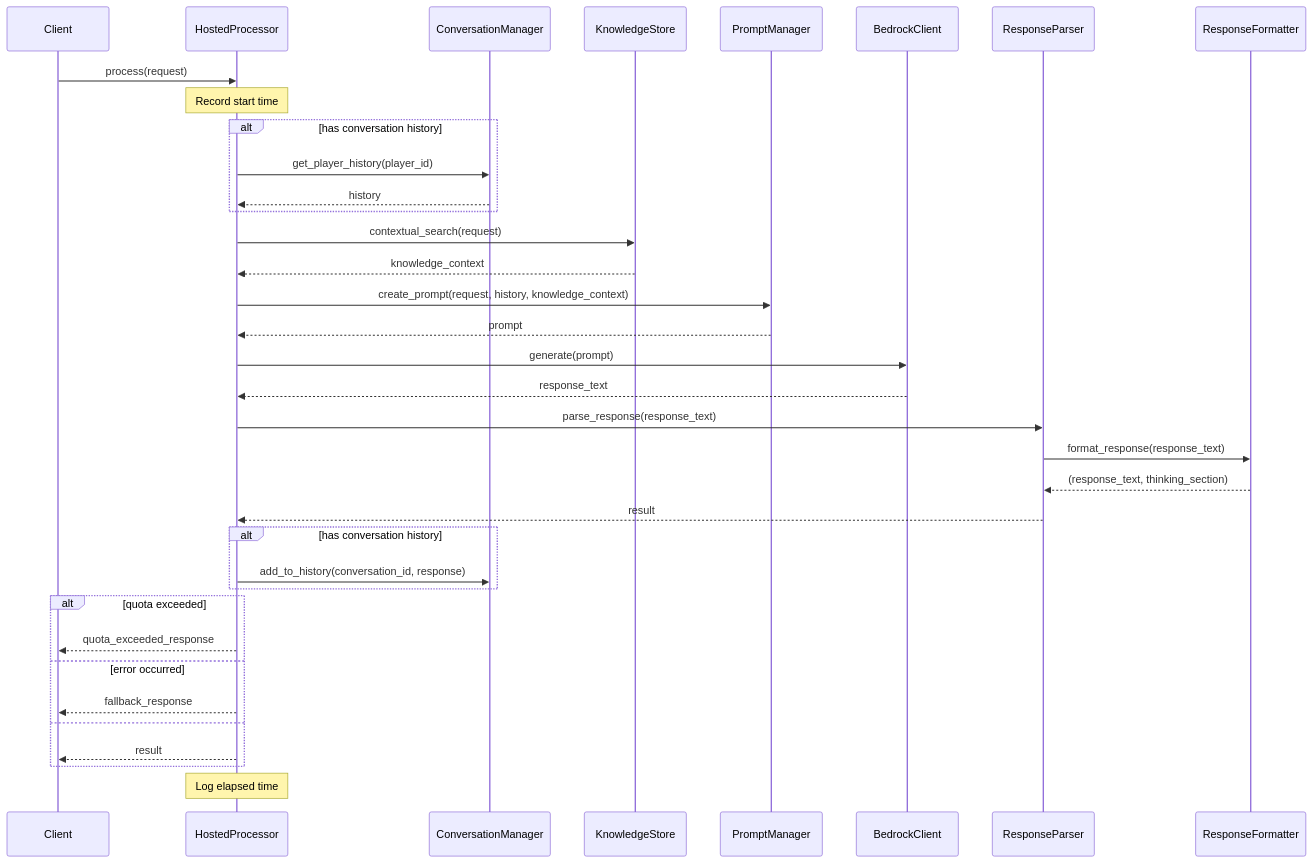
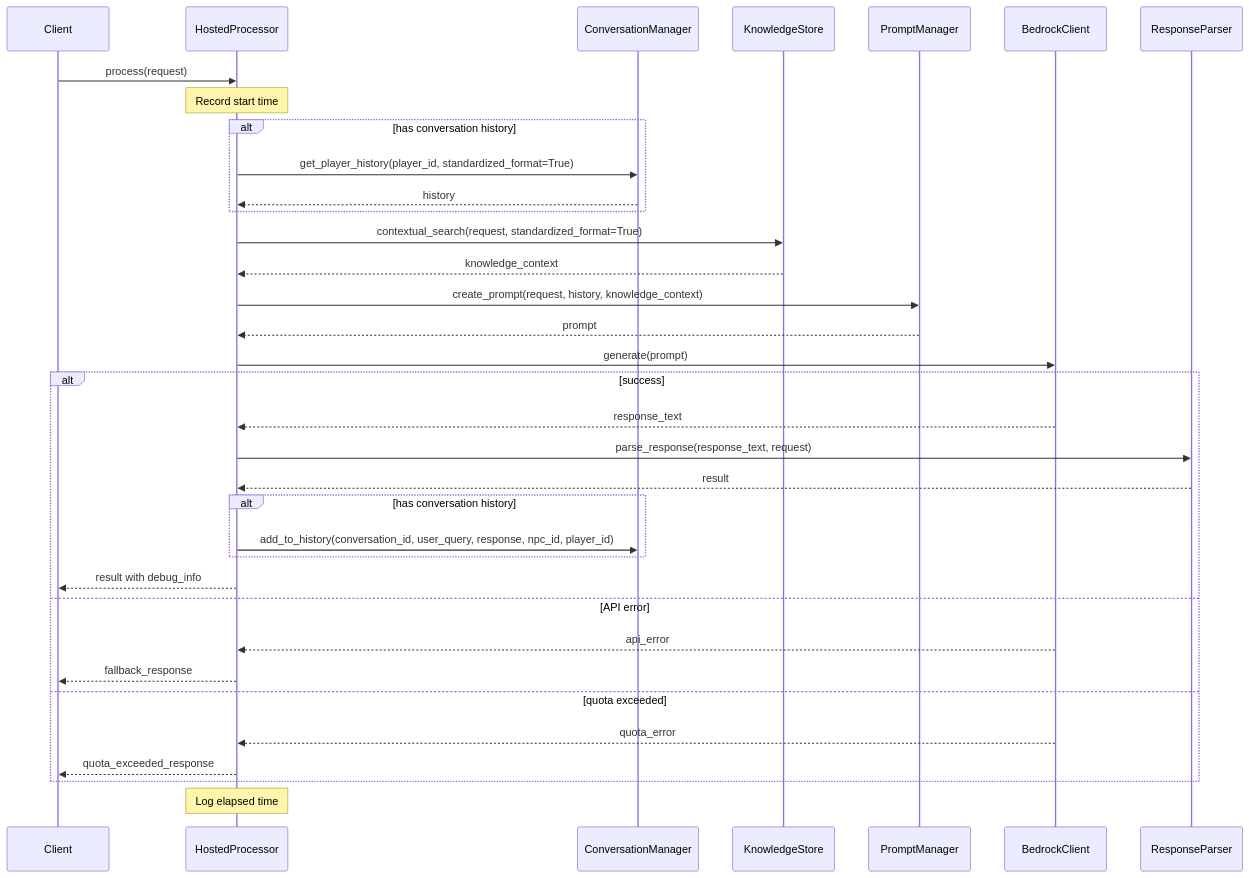
Before and after one commit to jbisetto/npc-ai: the fourth of 10 diagrams in docs/request_processing_flow.md, drawn with Mermaid. The commit also changed other lines of this file and 13 other files, not shown here.

````diff
--- a/docs/request_processing_flow.md
+++ b/docs/request_processing_flow.md
@@ -105,38 +113,36 @@
 ```mermaid
 sequenceDiagram
     Client->>HostedProcessor: process(request)
     Note over HostedProcessor: Record start time
     
     alt has conversation history
-        HostedProcessor->>ConversationManager: get_player_history(player_id)
+        HostedProcessor->>ConversationManager: get_player_history(player_id, standardized_format=True)
         ConversationManager-->>HostedProcessor: history
     end
     
-    HostedProcessor->>KnowledgeStore: contextual_search(request)
+    HostedProcessor->>KnowledgeStore: contextual_search(request, standardized_format=True)
     KnowledgeStore-->>HostedProcessor: knowledge_context
     
     HostedProcessor->>PromptManager: create_prompt(request, history, knowledge_context)
     PromptManager-->>HostedProcessor: prompt
     
     HostedProcessor->>BedrockClient: generate(prompt)
-    BedrockClient-->>HostedProcessor: response_text
-    
-    HostedProcessor->>ResponseParser: parse_response(response_text)
-    ResponseParser->>ResponseFormatter: format_response(response_text)
-    ResponseFormatter-->>ResponseParser: (response_text, thinking_section)
-    ResponseParser-->>HostedProcessor: result
-    
-    alt has conversation history
-        HostedProcessor->>ConversationManager: add_to_history(conversation_id, response)
-    end
-    
-    alt quota exceeded
+    alt success
+        BedrockClient-->>HostedProcessor: response_text
+        HostedProcessor->>ResponseParser: parse_response(response_text, request)
+        ResponseParser-->>HostedProcessor: result
+        
+        alt has conversation history
+            HostedProcessor->>ConversationManager: add_to_history(conversation_id, user_query, response, npc_id, player_id)
+        end
+        HostedProcessor-->>Client: result with debug_info
+    else API error
+        BedrockClient-->>HostedProcessor: api_error
+        HostedProcessor-->>Client: fallback_response
+    else quota exceeded
+        BedrockClient-->>HostedProcessor: quota_error
         HostedProcessor-->>Client: quota_exceeded_response
-    else error occurred
-        HostedProcessor-->>Client: fallback_response
-    else
-        HostedProcessor-->>Client: result
     end
     
     Note over HostedProcessor: Log elapsed time
 ```
````
